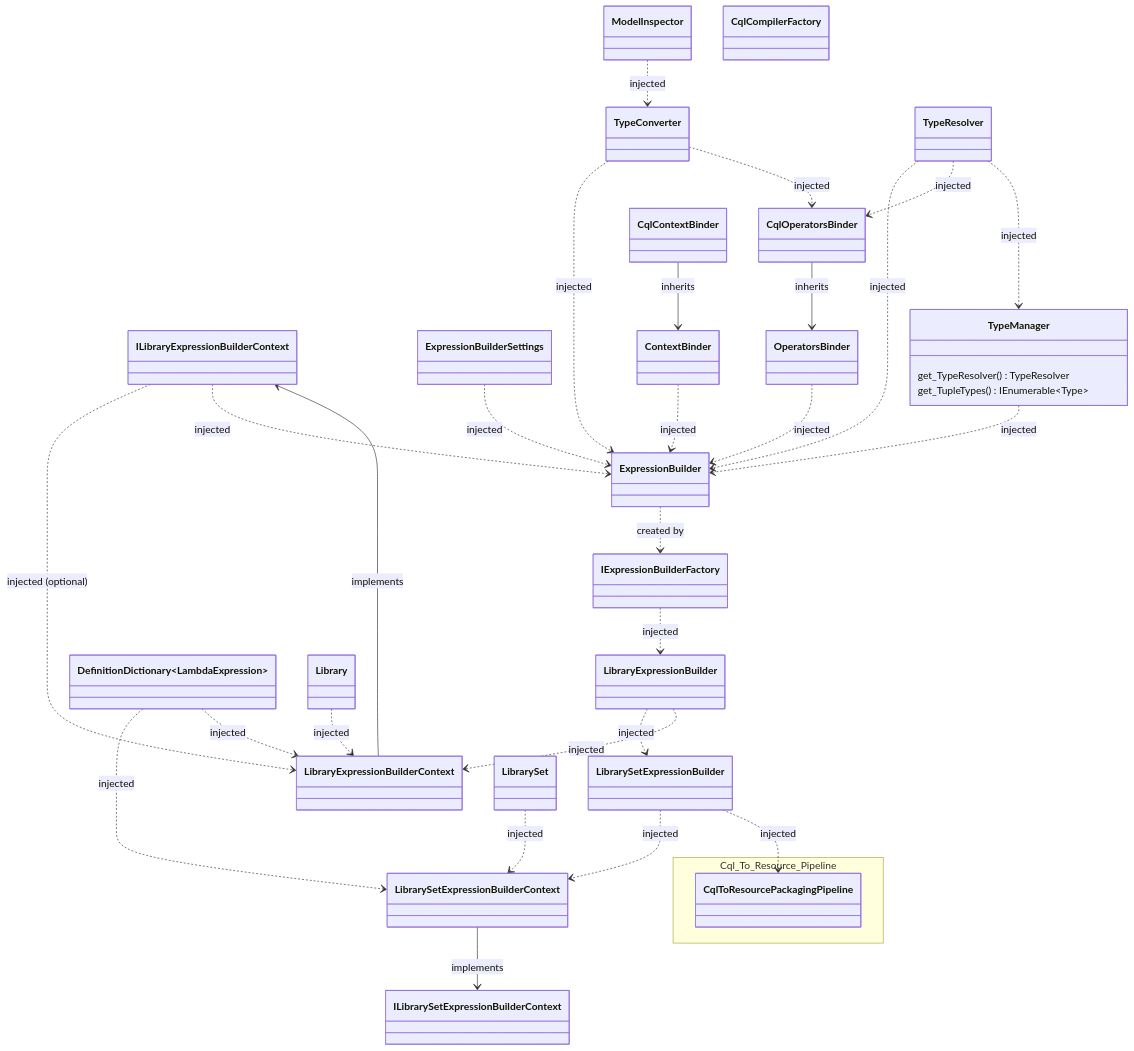
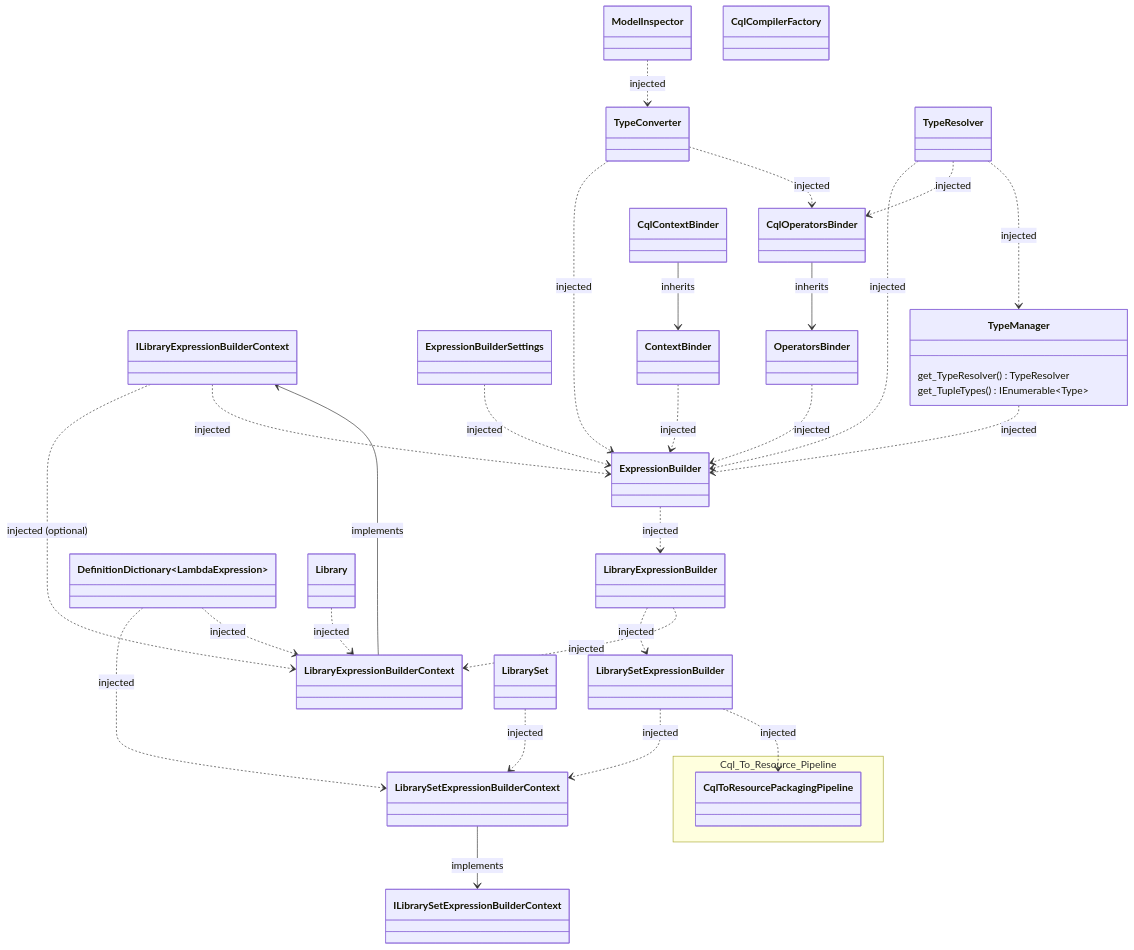
The second of 2 diagrams in docs/packager-cli-dependency-graph.md (FirelyTeam/firely-cql-sdk), drawn with Mermaid before and after one commit. The commit also changed 22 other files, not shown here.

Commit message:
ExpressionBuilder is also a singleton

```diff
--- a/docs/packager-cli-dependency-graph.md
+++ b/docs/packager-cli-dependency-graph.md
@@ -152,9 +152,6 @@
         }
         
         class ExpressionBuilderSettings {
-        }
-
-        class IExpressionBuilderFactory {
         }
 
         class ExpressionBuilder{
@@ -214,14 +211,12 @@
     DefinitionDictionary~LambdaExpression~ ..> LibrarySetExpressionBuilderContext : injected
     LibrarySet ..> LibrarySetExpressionBuilderContext : injected
 
-    IExpressionBuilderFactory ..> LibraryExpressionBuilder : injected
+    ExpressionBuilder ..> LibraryExpressionBuilder : injected
 
     LibraryExpressionBuilder ..> LibraryExpressionBuilderContext : injected
     Library ..> LibraryExpressionBuilderContext : injected
     DefinitionDictionary~LambdaExpression~ ..> LibraryExpressionBuilderContext : injected
     ILibraryExpressionBuilderContext ..> LibraryExpressionBuilderContext : injected (optional)
-
-    ExpressionBuilder ..> IExpressionBuilderFactory : created by
 
     OperatorsBinder ..> ExpressionBuilder : injected
     TypeManager ..> ExpressionBuilder : injected
```
